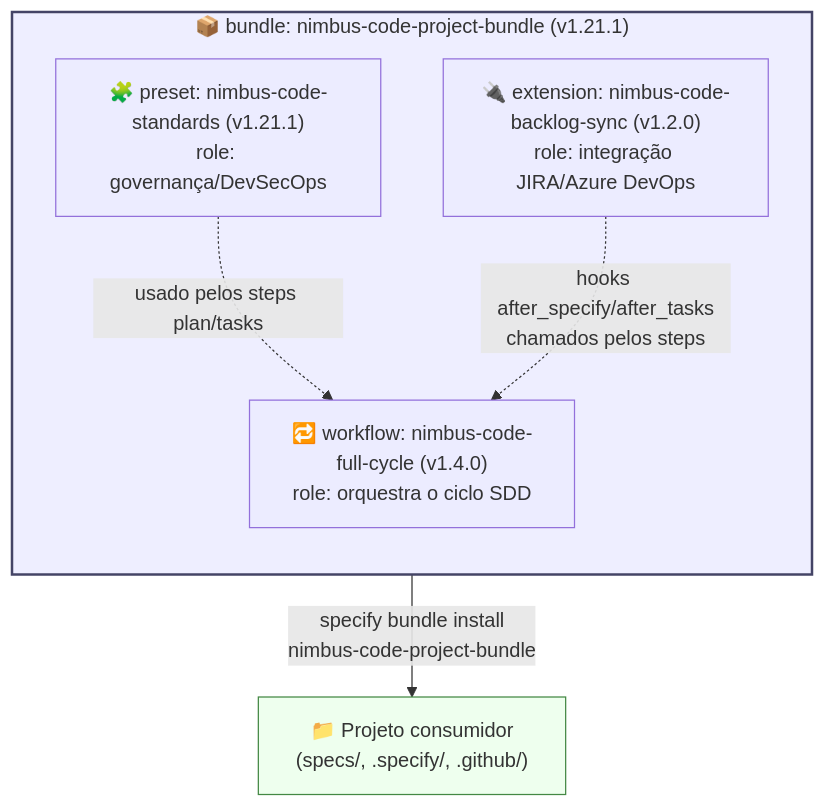
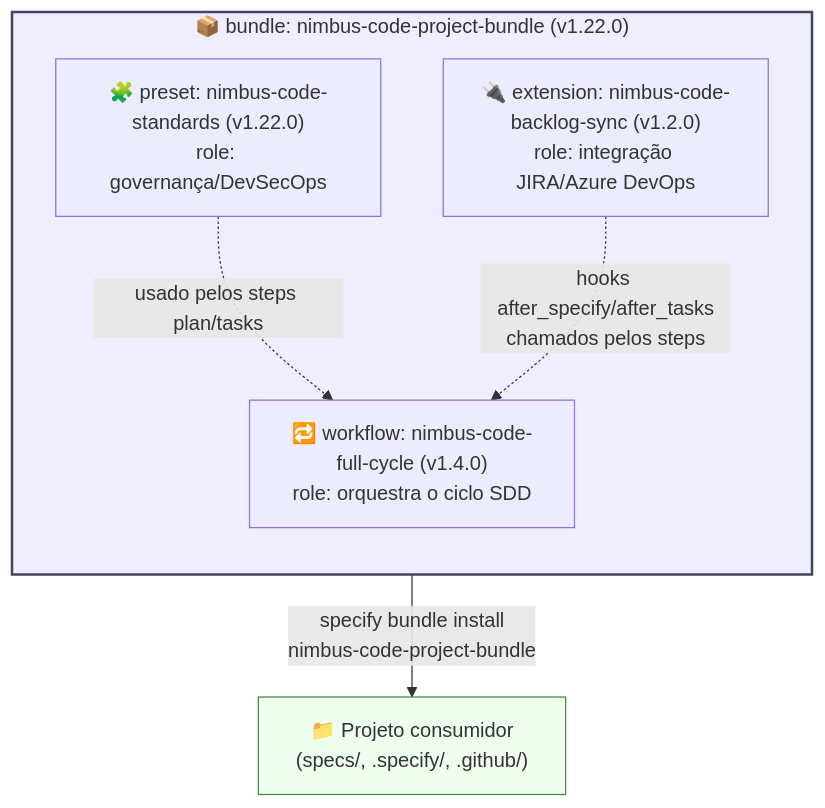
The second of 2 diagrams in README.md (lrodriguesvpn/nimbus-code), drawn with Mermaid before and after one commit. The commit also changed 44 other files, not shown here.

````diff
--- a/README.md
+++ b/README.md
@@ -163,17 +163,17 @@
 ```mermaid
 flowchart TB
-    subgraph BUNDLE["📦 bundle: nimbus-code-project-bundle (v1.21.1)"]
+    subgraph BUNDLE["📦 bundle: nimbus-code-project-bundle (v1.22.0)"]
         direction TB
-        PRESET["🧩 preset: nimbus-code-standards (v1.21.1)\nrole: governança/DevSecOps"]
+        PRESET["🧩 preset: nimbus-code-standards (v1.22.0)\nrole: governança/DevSecOps"]
         EXT["🔌 extension: nimbus-code-backlog-sync (v1.2.0)\nrole: integração JIRA/Azure DevOps"]
         WF["🔁 workflow: nimbus-code-full-cycle (v1.4.0)\nrole: orquestra o ciclo SDD"]
     end
 
     BUNDLE -->|"specify bundle install\nnimbus-code-project-bundle"| PROJ["📁 Projeto consumidor\n(specs/, .specify/, .github/)"]
 
     PRESET -. "usado pelos steps plan/tasks" .-> WF
     EXT -. "hooks after_specify/after_tasks\nchamados pelos steps" .-> WF
 
     style BUNDLE fill:#eef,stroke:#446,stroke-width:2px
     style PROJ fill:#efe,stroke:#484
 ```
````
